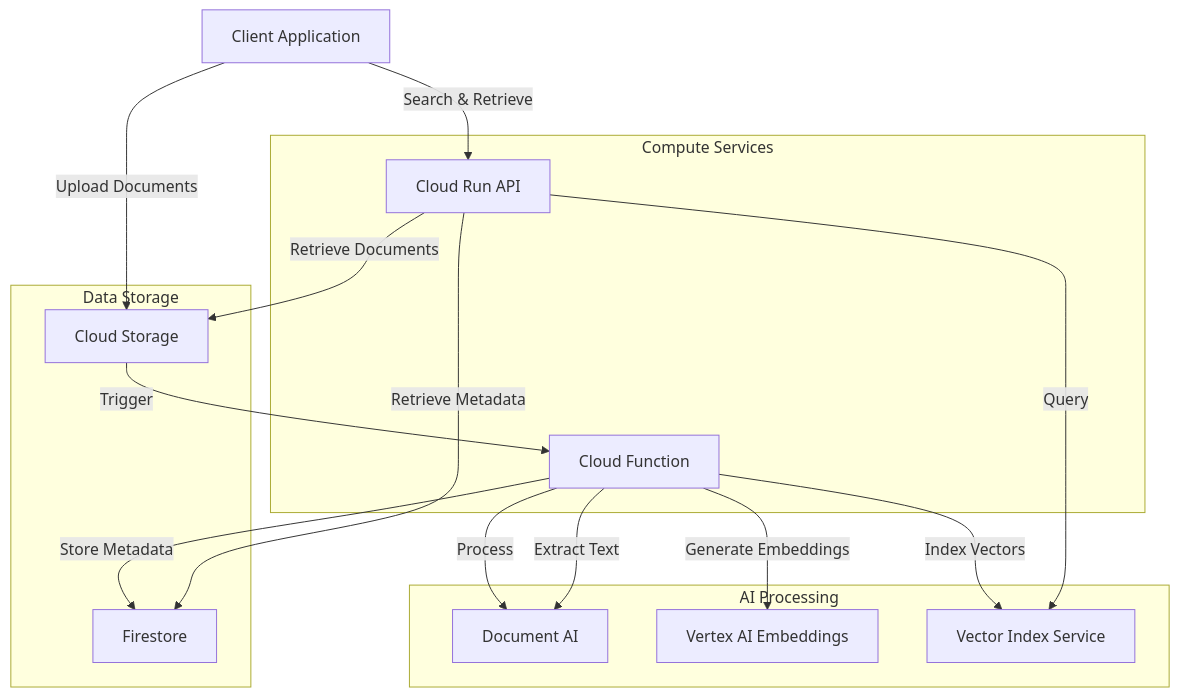
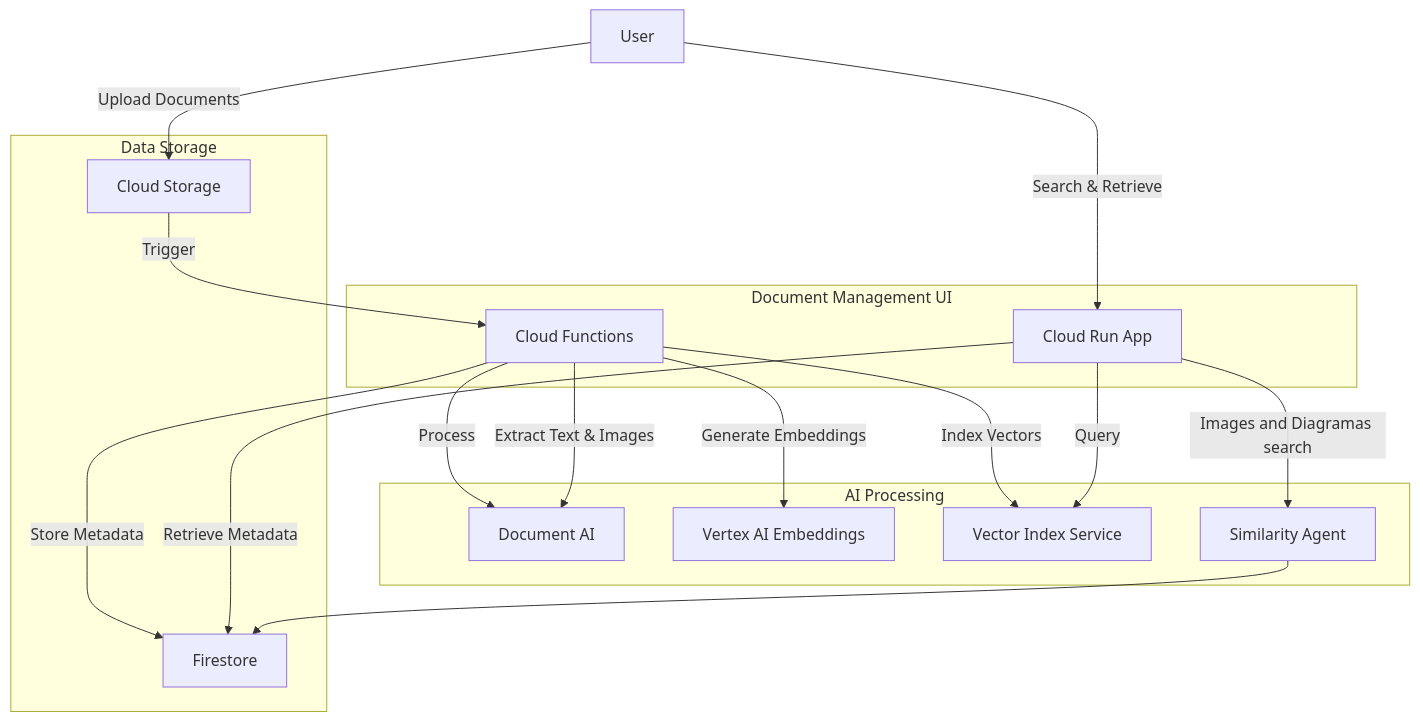
One commit to bruj0/documesh changed the diagram in deployment/terraform/README.md. Above: the diagram before and after it, drawn with Mermaid. The commit also changed other lines of this file and 36 other files, not shown here.

````diff
--- a/deployment/terraform/README.md
+++ b/deployment/terraform/README.md
@@ -17,32 +18,35 @@
 ```mermaid
 graph TD
-    Client[Client Application] -->|Upload Documents| GCS[Cloud Storage]
-    Client -->|Search & Retrieve| API[Cloud Run API]
+    Client[User] -->|Upload Documents| GCS[Cloud Storage]
+    Client -->|Search & Retrieve| API[Cloud Run App ]
     
-    GCS -->|Trigger| CF[Cloud Function]
+    GCS -->|Trigger| CF[Cloud Functions]
     CF -->|Process| DAI[Document AI]
-    CF -->|Extract Text| DAI
+    CF -->|Extract Text & Images| DAI
     CF -->|Generate Embeddings| VAI[Vertex AI Embeddings]
     CF -->|Store Metadata| FS[Firestore]
     CF -->|Index Vectors| VIS[Vector Index Service]
     
     API -->|Query| VIS
     API -->|Retrieve Metadata| FS
-    API -->|Retrieve Documents| GCS
+    API -->|Images and Diagramas search| AGN
+
+    AGN[Similarity Agent] --> FS  
 
     subgraph "Data Storage"
         GCS
         FS
     end
     
     subgraph "AI Processing"
         DAI
         VAI
         VIS
+        AGN
     end
     
-    subgraph "Compute Services"
+    subgraph "Document Management UI"
         CF
         API
     end
 ```
````
